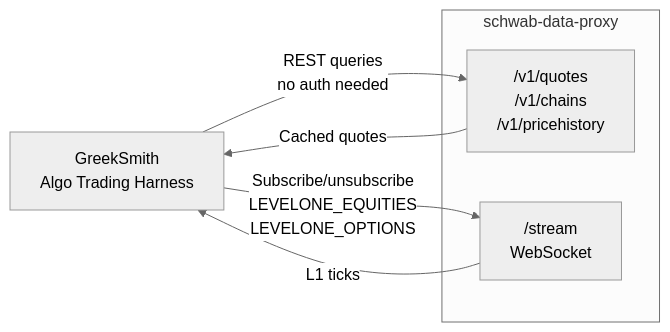
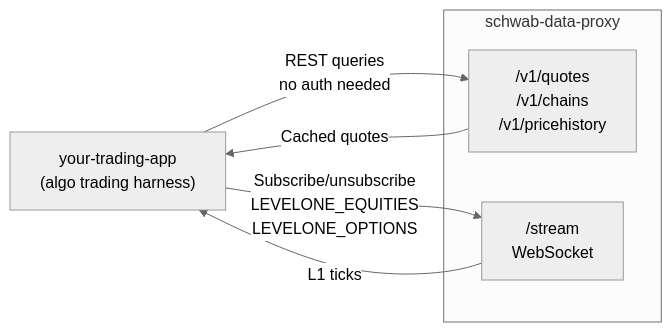
Before and after one commit to 10Legs/schwab-data-proxy: the seventh of 7 diagrams in README.md, drawn with Mermaid (neutral theme). The commit also changed other lines of this file, not shown here.

````diff
--- a/README.md
+++ b/README.md
@@ -831,14 +833,14 @@
 ```mermaid
 graph LR
-    GreekSmith["GreekSmith<br/>Algo Trading Harness"]
+    YourApp["your-trading-app<br/>(algo trading harness)"]
     
     subgraph Proxy["schwab-data-proxy"]
         REST["/v1/quotes<br/>/v1/chains<br/>/v1/pricehistory"]
         Stream["/stream<br/>WebSocket"]
     end
     
-    GreekSmith -->|REST queries<br/>no auth needed| REST
-    GreekSmith -->|Subscribe/unsubscribe<br/>LEVELONE_EQUITIES<br/>LEVELONE_OPTIONS| Stream
-    REST -->|Cached quotes| GreekSmith
-    Stream -->|L1 ticks| GreekSmith
+    YourApp -->|REST queries<br/>no auth needed| REST
+    YourApp -->|Subscribe/unsubscribe<br/>LEVELONE_EQUITIES<br/>LEVELONE_OPTIONS| Stream
+    REST -->|Cached quotes| YourApp
+    Stream -->|L1 ticks| YourApp
 ```
````
